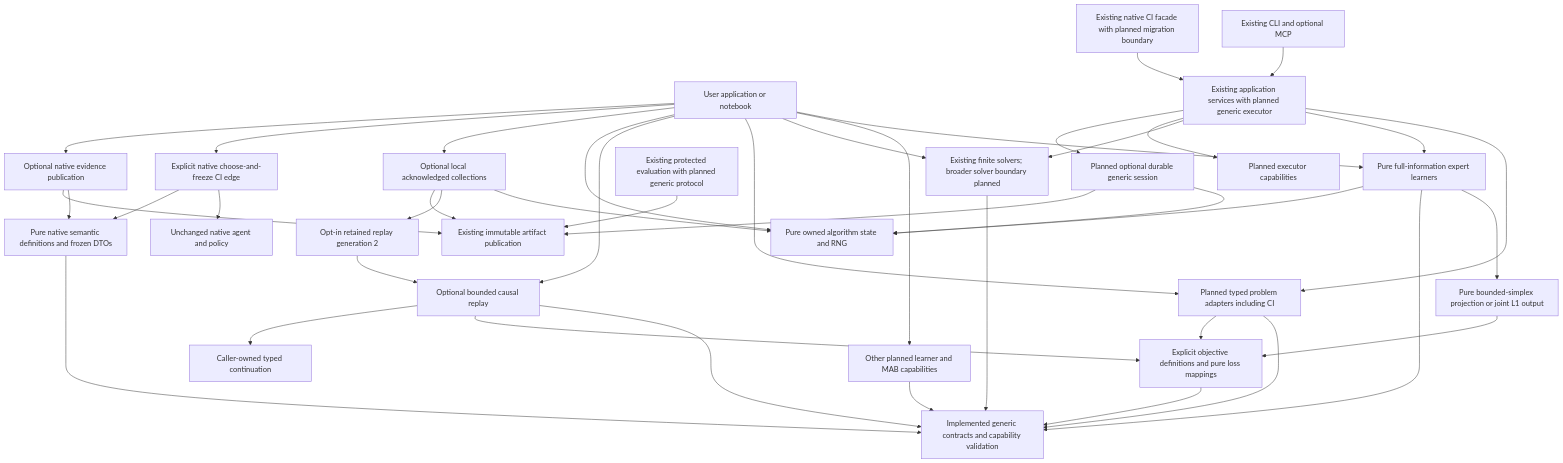
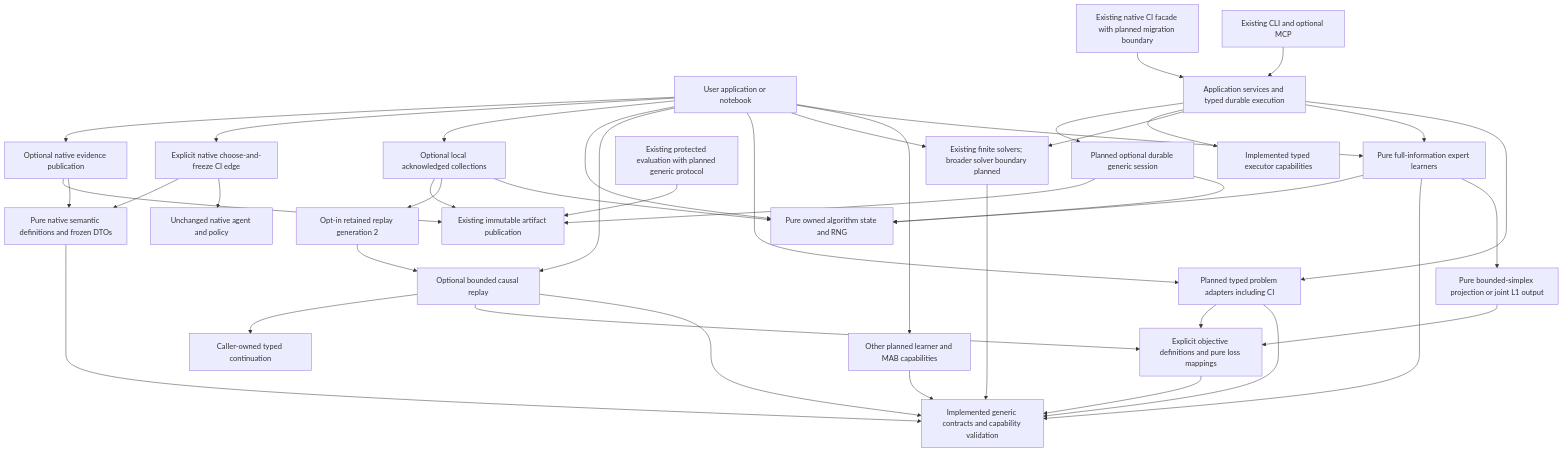
The first of 5 diagrams in docs/v5-architecture.md (jacksonpradolima/coleman), drawn with Mermaid before and after one commit. The commit also changed 24 other files, not shown here.

````diff
--- a/docs/v5-architecture.md
+++ b/docs/v5-architecture.md
@@ -106,43 +106,43 @@
 ```mermaid
 flowchart TD
     Host[User application or notebook] --> DirectLearner[Pure full-information expert learners]
     Host --> MAB[Other planned learner and MAB capabilities]
     DirectLearner --> JointOutput[Pure bounded-simplex projection or joint L1 output]
     JointOutput --> Objectives
     MAB --> Contracts
     Host --> DirectSolver[Existing finite solvers; broader solver boundary planned]
     Host --> Problem[Planned typed problem adapters including CI]
     Host --> Replay[Optional bounded causal replay]
     Replay --> Contracts
     Replay --> Objectives
     Replay --> Continuation[Caller-owned typed continuation]
     Problem --> Contracts[Implemented generic contracts and capability validation]
     Problem --> Objectives[Explicit objective definitions and pure loss mappings]
     Objectives --> Contracts
     DirectLearner --> Contracts
     DirectSolver --> Contracts
     DirectLearner --> State[Pure owned algorithm state and RNG]
     Host --> State
     Host --> LocalStore[Optional local acknowledged collections]
     LocalStore --> State
     LocalStore --> Retained[Opt-in retained replay generation 2]
     Retained --> Replay
     LocalStore --> Storage[Existing immutable artifact publication]
-    Service[Existing application services with planned generic executor] --> Problem
+    Service[Application services and typed durable execution] --> Problem
     Service --> DirectLearner
     Service --> DirectSolver
-    Service --> Execution[Planned executor capabilities]
+    Service --> Execution[Implemented typed executor capabilities]
     Service --> Session[Planned optional durable generic session]
     Session --> State
     Session --> Storage
     Evidence[Existing protected evaluation with planned generic protocol] --> Storage
     Transport[Existing CLI and optional MCP] --> Service
     Legacy[Existing native CI facade with planned migration boundary] --> Service
     Host --> NativeCapture[Explicit native choose-and-freeze CI edge]
     NativeCapture --> NativeRuntime[Unchanged native agent and policy]
     NativeCapture --> NativeDefinitions[Pure native semantic definitions and frozen DTOs]
     NativeDefinitions --> Contracts
     Host --> NativePublication[Optional native evidence publication]
     NativePublication --> NativeDefinitions
     NativePublication --> Storage
 ```
````
